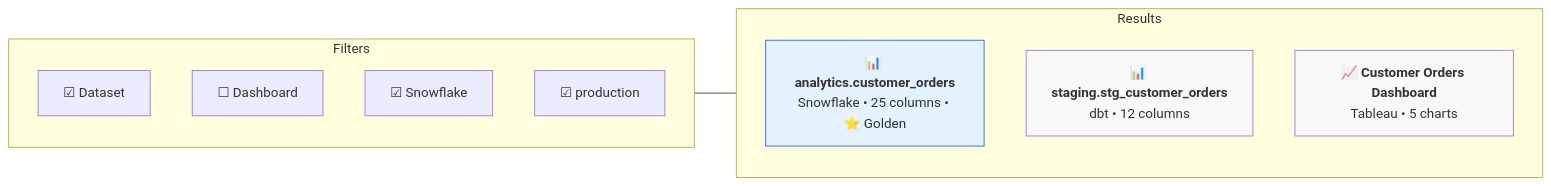
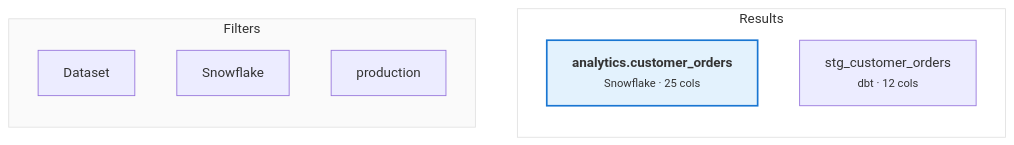
One commit to karan0207/datahub changed the third of 8 diagrams in docs/tutorial-basics/ui-tour.md. Above: the diagram before and after it, drawn with Mermaid. The commit also changed other lines of this file and 7 other files, not shown here.

Commit message:
feat: updated graph chart

````diff
--- a/docs/tutorial-basics/ui-tour.md
+++ b/docs/tutorial-basics/ui-tour.md
@@ -89,23 +77,19 @@
 ```mermaid
-graph LR
-    subgraph Filters
-        direction TB
-        F1["☑ Dataset"]
-        F2["☐ Dashboard"]
-        F3["☑ Snowflake"]
-        F4["☑ production"]
+flowchart LR
+    subgraph F[Filters]
+        F1[Dataset]
+        F2[Snowflake]
+        F3[production]
     end
 
-    subgraph Results
-        direction TB
-        R1["📊 <b>analytics.customer_orders</b><br/>Snowflake • 25 columns • ⭐ Golden"]
-        R2["📊 <b>staging.stg_customer_orders</b><br/>dbt • 12 columns"]
-        R3["📈 <b>Customer Orders Dashboard</b><br/>Tableau • 5 charts"]
+    subgraph R[Results]
+        R1["<b>analytics.customer_orders</b><br/><small>Snowflake · 25 cols</small>"]
+        R2["stg_customer_orders<br/><small>dbt · 12 cols</small>"]
     end
 
-    Filters --- Results
-    
-    style R1 fill:#e3f2fd,stroke:#1565c0
-    style R2 fill:#f9f9f9
-    style R3 fill:#f9f9f9
+    F ~~~ R
+
+    style F fill:#fafafa,stroke:#e0e0e0
+    style R fill:#fff,stroke:#e0e0e0
+    style R1 fill:#e3f2fd,stroke:#1976d2,stroke-width:2px
 ```
````
